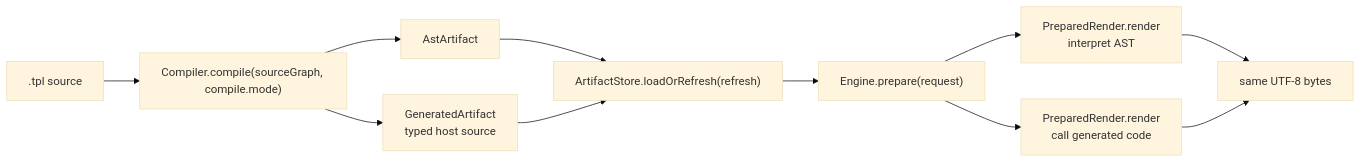
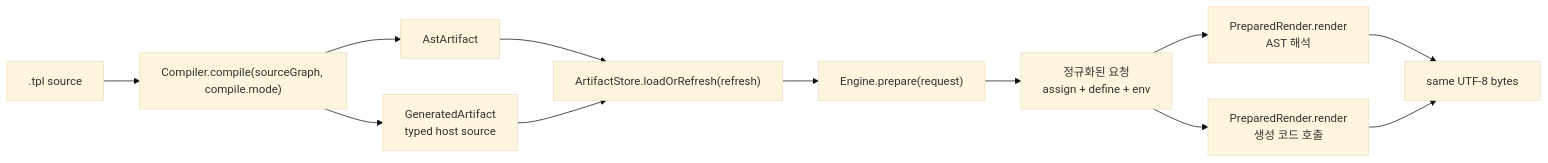
The fifth of 6 diagrams in docs/spec/runtime.ko.md (polyspec/template), drawn with Mermaid (base theme) before and after one commit. The commit also changed other lines of this file and 14 other files, not shown here.

Commit message:
Unify generated render request preparation

````diff
--- a/docs/spec/runtime.ko.md
+++ b/docs/spec/runtime.ko.md
@@ -172,13 +172,14 @@
 ```mermaid
 flowchart LR
   Source[".tpl source"] --> Compiler["Compiler.compile(sourceGraph, compile.mode)"]
   Compiler --> ASTArtifact["AstArtifact"]
   Compiler --> GenArtifact["GeneratedArtifact<br/>typed host source"]
   ASTArtifact --> Store["ArtifactStore.loadOrRefresh(refresh)"]
   GenArtifact --> Store
   Store --> Prepared["Engine.prepare(request)"]
-  Prepared --> ASTRender["PreparedRender.render<br/>interpret AST"]
-  Prepared --> GenRender["PreparedRender.render<br/>call generated code"]
+  Prepared --> Normalized["정규화된 요청<br/>assign + define + env"]
+  Normalized --> ASTRender["PreparedRender.render<br/>AST 해석"]
+  Normalized --> GenRender["PreparedRender.render<br/>생성 코드 호출"]
   ASTRender --> Bytes["same UTF-8 bytes"]
   GenRender --> Bytes
 ```
````
